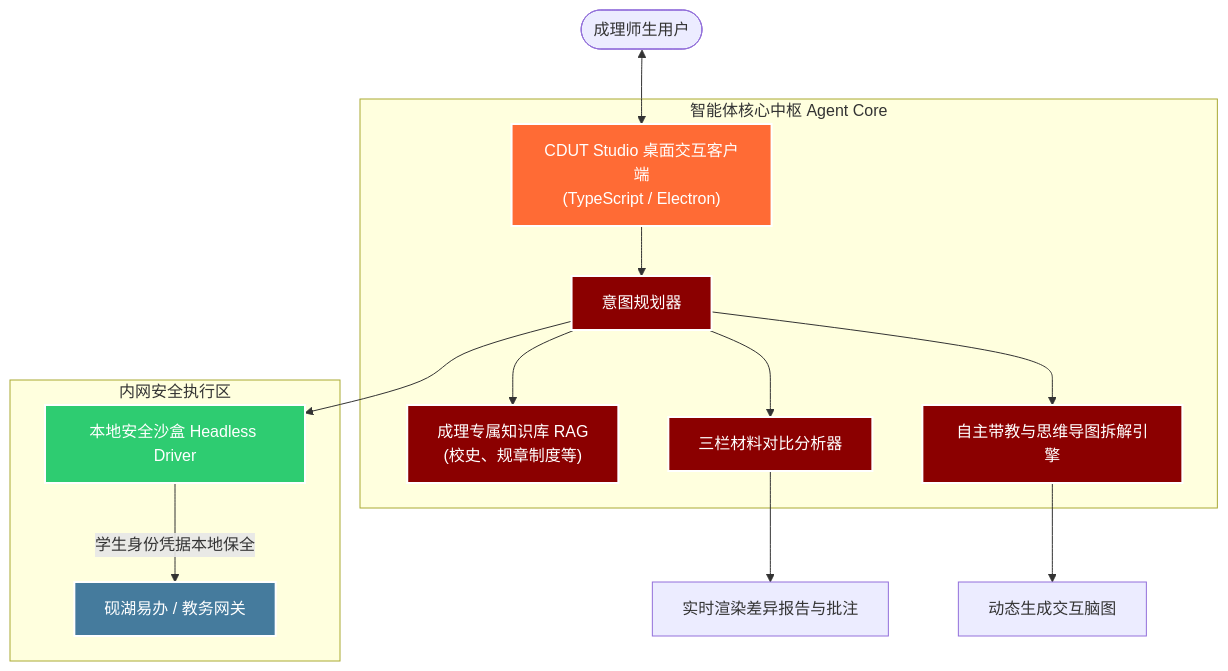
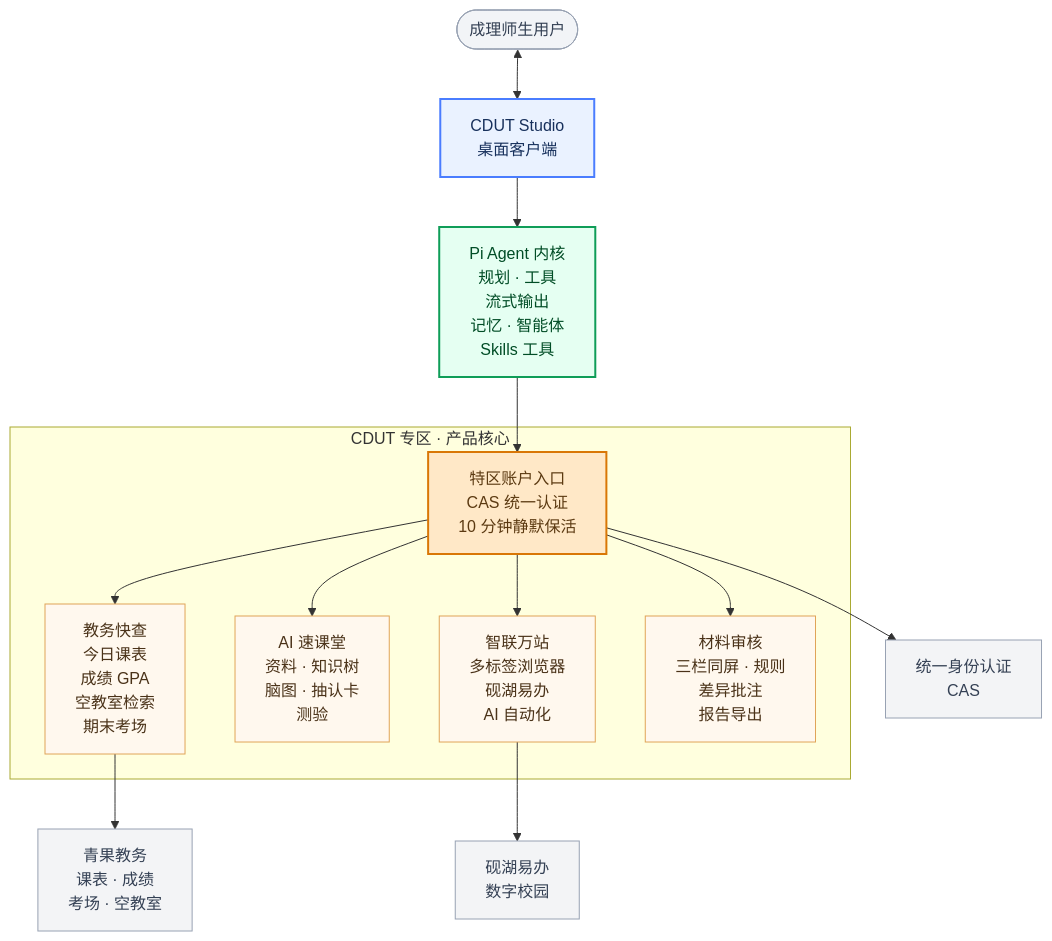
Before and after one commit to zqf20096327/ai_collect: the diagram in data/readmes/Nya-Angle__CDUT-Studio.md, drawn with Mermaid. The commit also changed other lines of this file and 2035 other files, not shown here.

````diff
--- a/data/readmes/Nya-Angle__CDUT-Studio.md
+++ b/data/readmes/Nya-Angle__CDUT-Studio.md
@@ -148,24 +150,38 @@
 ```mermaid
-graph TD
-    classDef client fill:#FF6B35,stroke:#fff,stroke-width:2px,color:#fff;
-    classDef brain fill:#8B0000,stroke:#fff,stroke-width:2px,color:#fff;
-    classDef secure fill:#2ECC71,stroke:#fff,stroke-width:2px,color:#fff;
-    classDef target fill:#457B9D,stroke:#fff,stroke-width:2px,color:#fff;
+flowchart TD
+    classDef user fill:#F2F4F7,stroke:#98A2B3,stroke-width:1px,color:#344054
+    classDef client fill:#EAF2FF,stroke:#4A7DFF,stroke-width:2px,color:#17305C
+    classDef core fill:#E5FFF2,stroke:#0F9D58,stroke-width:2px,color:#004D26
+    classDef zone fill:#FFE8C7,stroke:#D97706,stroke-width:2px,color:#5C3A12
+    classDef module fill:#FFF8EE,stroke:#E0A458,stroke-width:1px,color:#4A3218
+    classDef external fill:#F3F4F6,stroke:#98A2B3,stroke-width:1px,color:#344054
 
-    User(["成理师生用户"]) <--> Client["CDUT Studio 桌面交互客户端<br/>(TypeScript / Electron)"]:::client
+    User(["成理师生用户"]):::user
+    Client["CDUT Studio<br/>桌面客户端"]:::client
+    Core["Pi Agent 内核<br/>规划 · 工具<br/>流式输出<br/>记忆 · 智能体<br/>Skills 工具"]:::core
 
-    subgraph CoreEngine ["智能体核心中枢 Agent Core"]
-        Client --> Planner["意图规划器"]:::brain
-        Planner --> RAG["成理专属知识库 RAG<br/>(校史、规章制度等)"]:::brain
-        Planner --> Tutor["自主带教与思维导图拆解引擎"]:::brain
-        Planner --> Audit["三栏材料对比分析器"]:::brain
+    subgraph CDUT["CDUT 专区 · 产品核心"]
+        Zone["特区账户入口<br/>CAS 统一认证<br/>10 分钟静默保活"]:::zone
+        Quick["教务快查<br/>今日课表<br/>成绩 GPA<br/>空教室检索<br/>期末考场"]:::module
+        AIClass["AI 速课堂<br/>资料 · 知识树<br/>脑图 · 抽认卡<br/>测验"]:::module
+        Yanhu["智联万站<br/>多标签浏览器<br/>砚湖易办<br/>AI 自动化"]:::module
+        Review["材料审核<br/>三栏同屏 · 规则<br/>差异批注<br/>报告导出"]:::module
     end
 
-    subgraph Automation ["内网安全执行区"]
-        Planner --> Sandbox["本地安全沙盒 Headless Driver"]:::secure
-        Sandbox -->|"学生身份凭据本地保全"| Yanhu["砚湖易办 / 教务网关"]:::target
-    end
+    CAS["统一身份认证<br/>CAS"]:::external
+    JW["青果教务<br/>课表 · 成绩<br/>考场 · 空教室"]:::external
+    YH["砚湖易办<br/>数字校园"]:::external
 
-    Audit --> Visual["实时渲染差异报告与批注"]
-    Tutor --> Mindmap["动态生成交互脑图"]
+    User <--> Client
+    Client --> Core
+    Core --> Zone
+
+    Zone --> Quick
+    Zone --> AIClass
+    Zone --> Yanhu
+    Zone --> Review
+
+    Zone --> CAS
+    Quick --> JW
+    Yanhu --> YH
 ```
````
